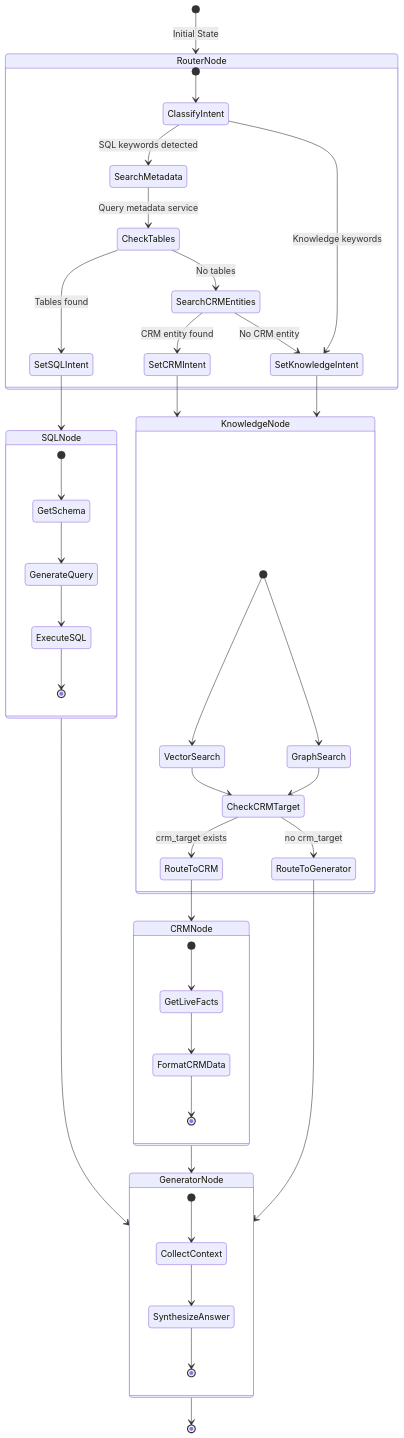
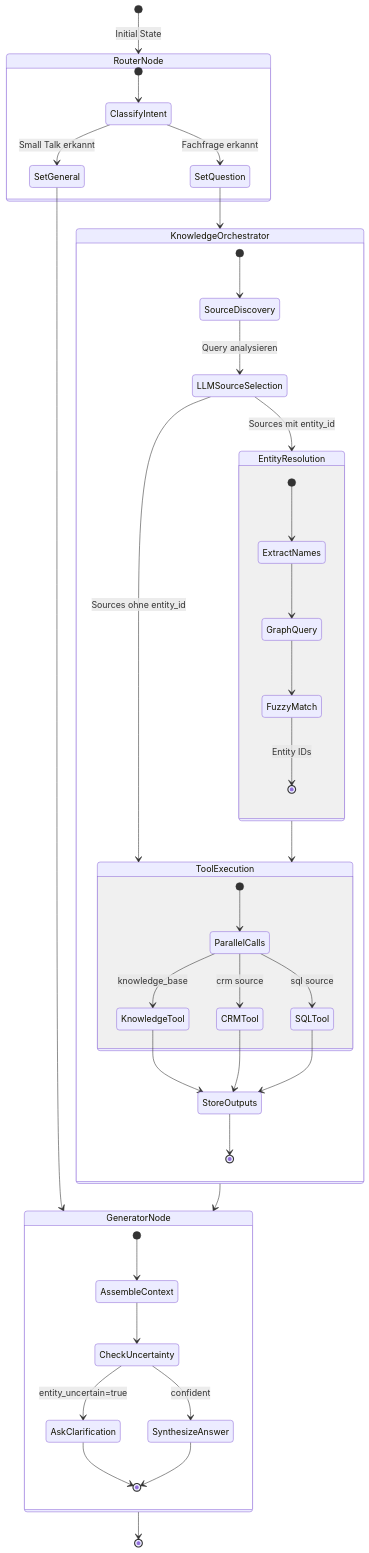
Before and after one commit to expoya/adizon-knowledge-core: the eighth of 9 diagrams in docs/ARCHITECTURE.md, drawn with Mermaid. The commit also changed other lines of this file and 3 other files, not shown here.

````diff
--- a/docs/ARCHITECTURE.md
+++ b/docs/ARCHITECTURE.md
@@ -383,54 +379,54 @@
 ```mermaid
 stateDiagram-v2
     [*] --> RouterNode: Initial State
-    
+
     state RouterNode {
         [*] --> ClassifyIntent
-        ClassifyIntent --> SearchMetadata: SQL keywords detected
-        SearchMetadata --> CheckTables: Query metadata service
-        CheckTables --> SetSQLIntent: Tables found
-        CheckTables --> SearchCRMEntities: No tables
-        SearchCRMEntities --> SetCRMIntent: CRM entity found
-        SearchCRMEntities --> SetKnowledgeIntent: No CRM entity
-        ClassifyIntent --> SetKnowledgeIntent: Knowledge keywords
+        ClassifyIntent --> SetQuestion: Fachfrage erkannt
+        ClassifyIntent --> SetGeneral: Small Talk erkannt
     }
-    
-    SetSQLIntent --> SQLNode
-    SetKnowledgeIntent --> KnowledgeNode
-    SetCRMIntent --> KnowledgeNode
-    
-    state SQLNode {
-        [*] --> GetSchema
-        GetSchema --> GenerateQuery
-        GenerateQuery --> ExecuteSQL
-        ExecuteSQL --> [*]
+
+    SetQuestion --> KnowledgeOrchestrator
+    SetGeneral --> GeneratorNode
+
+    state KnowledgeOrchestrator {
+        [*] --> SourceDiscovery
+        SourceDiscovery --> LLMSourceSelection: Query analysieren
+        LLMSourceSelection --> EntityResolution: Sources mit entity_id
+        LLMSourceSelection --> ToolExecution: Sources ohne entity_id
+
+        state EntityResolution {
+            [*] --> ExtractNames
+            ExtractNames --> GraphQuery
+            GraphQuery --> FuzzyMatch
+            FuzzyMatch --> [*]: Entity IDs
+        }
+
+        EntityResolution --> ToolExecution
+
+        state ToolExecution {
+            [*] --> ParallelCalls
+            ParallelCalls --> KnowledgeTool: knowledge_base
+            ParallelCalls --> CRMTool: crm source
+            ParallelCalls --> SQLTool: sql source
+            KnowledgeTool --> StoreOutputs
+            CRMTool --> StoreOutputs
+            SQLTool --> StoreOutputs
+        }
+
+        StoreOutputs --> [*]
     }
-    
-    state KnowledgeNode {
-        [*] --> VectorSearch
-        [*] --> GraphSearch
-        VectorSearch --> CheckCRMTarget
-        GraphSearch --> CheckCRMTarget
-        CheckCRMTarget --> RouteToCRM: crm_target exists
-        CheckCRMTarget --> RouteToGenerator: no crm_target
-    }
-    
-    state CRMNode {
-        [*] --> GetLiveFacts
-        GetLiveFacts --> FormatCRMData
-        FormatCRMData --> [*]
-    }
-    
-    SQLNode --> GeneratorNode
-    RouteToCRM --> CRMNode
-    RouteToGenerator --> GeneratorNode
-    CRMNode --> GeneratorNode
-    
+
+    KnowledgeOrchestrator --> GeneratorNode
+
     state GeneratorNode {
-        [*] --> CollectContext
-        CollectContext --> SynthesizeAnswer
+        [*] --> AssembleContext
+        AssembleContext --> CheckUncertainty
+        CheckUncertainty --> AskClarification: entity_uncertain=true
+        CheckUncertainty --> SynthesizeAnswer: confident
+        AskClarification --> [*]
         SynthesizeAnswer --> [*]
     }
-    
+
     GeneratorNode --> [*]
 ```
````
